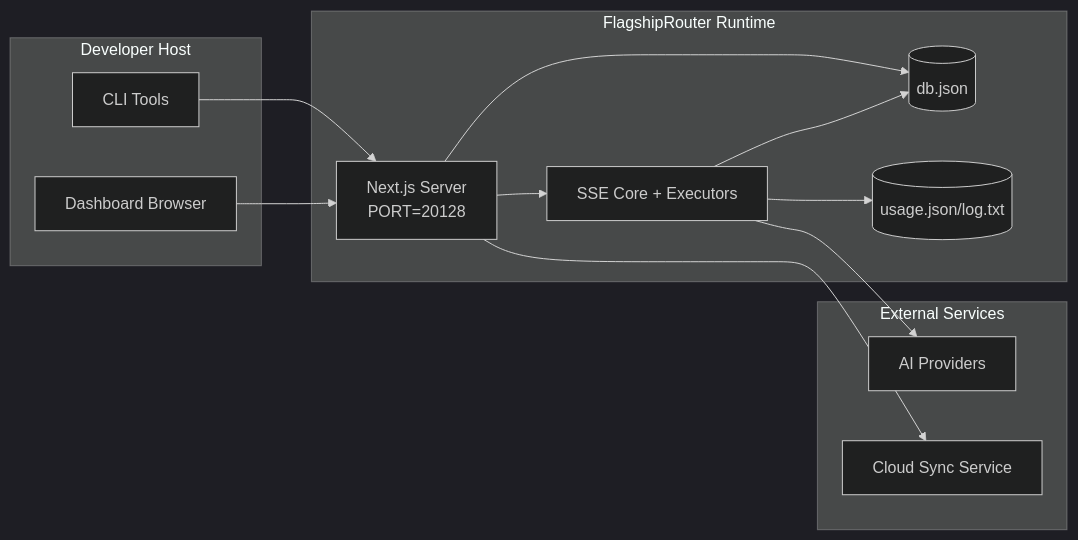
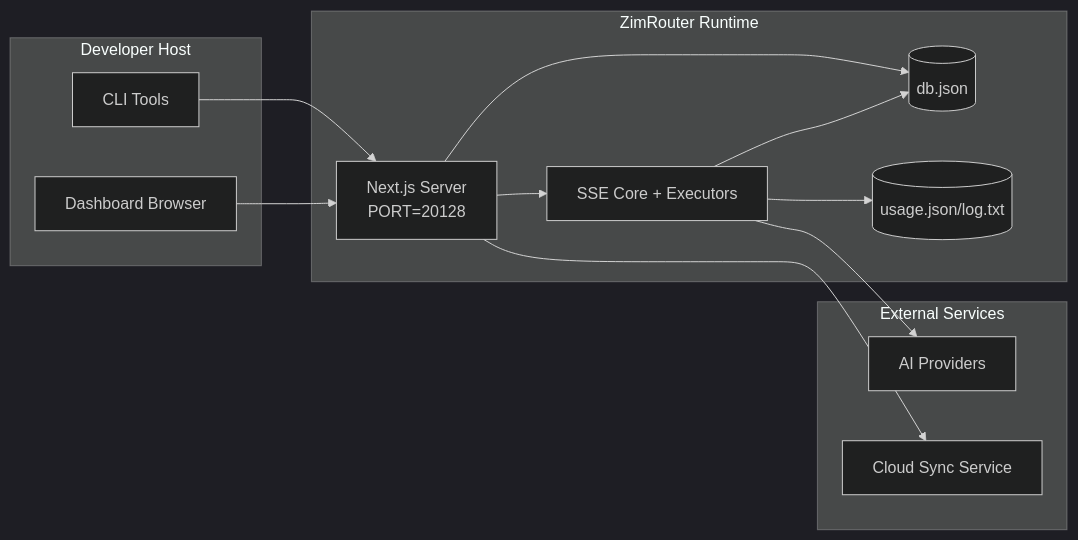
One commit to Mr-Destroyer/Zim-Codex changed the seventh of 7 diagrams in docs/ARCHITECTURE.md. Above: the diagram before and after it, drawn with Mermaid (dark theme). The commit also changed other lines of this file and 1498 other files, not shown here.

````diff
--- a/docs/ARCHITECTURE.md
+++ b/docs/ARCHITECTURE.md
@@ -387,28 +387,28 @@
 ```mermaid
 flowchart LR
     subgraph LocalHost[Developer Host]
         CLI[CLI Tools]
         Browser[Dashboard Browser]
     end
 
-    subgraph ContainerOrProcess[FlagshipRouter Runtime]
+    subgraph ContainerOrProcess[ZimRouter Runtime]
         Next[Next.js Server\nPORT=20128]
         Core[SSE Core + Executors]
         MainDB[(db.json)]
         UsageDB[(usage.json/log.txt)]
     end
 
     subgraph External[External Services]
         Providers[AI Providers]
         SyncCloud[Cloud Sync Service]
     end
 
     CLI --> Next
     Browser --> Next
     Next --> Core
     Next --> MainDB
     Core --> MainDB
     Core --> UsageDB
     Core --> Providers
     Next --> SyncCloud
 ```
````
